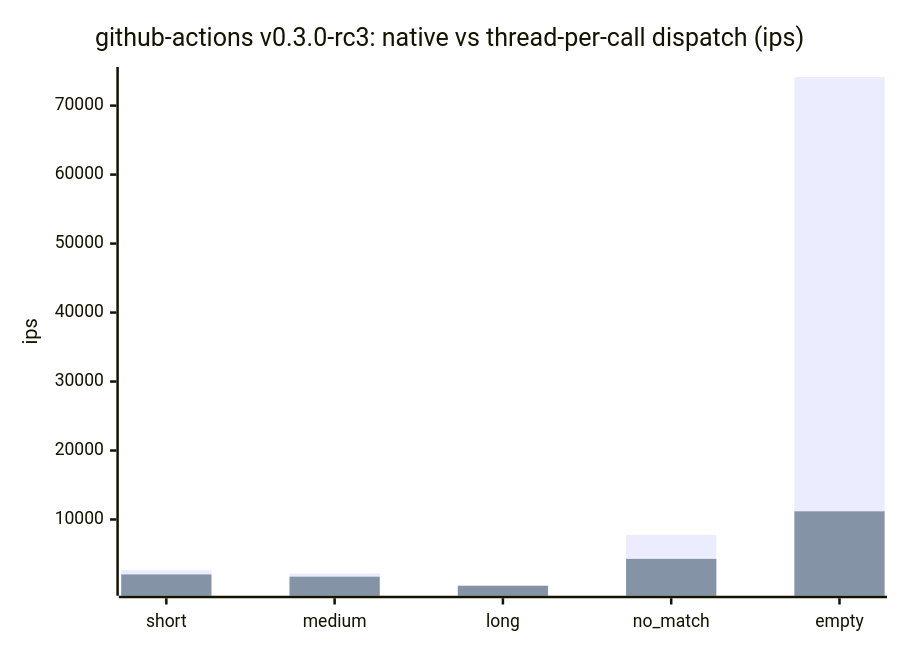
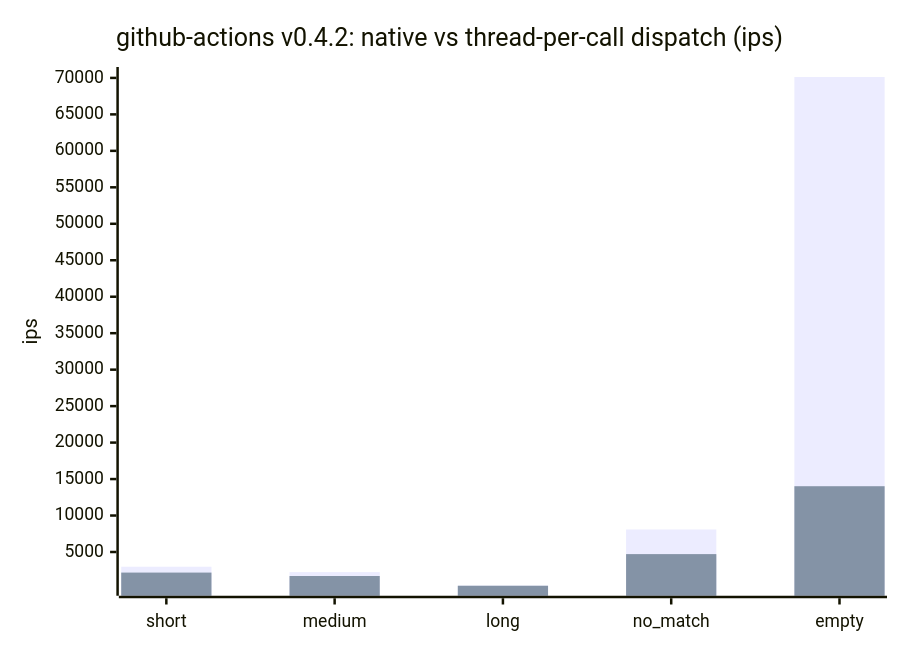
Before and after one commit to cpb/duckling: the first of 7 diagrams in docs/benchmarks/README.md, drawn with Mermaid. The commit also changed other lines of this file and 1 other file, not shown here.

Commit message:
Record github-actions benchmark results for 0.4.2

````diff
--- a/docs/benchmarks/README.md
+++ b/docs/benchmarks/README.md
@@ -54,8 +54,8 @@
 ```mermaid
 xychart-beta
-    title "github-actions v0.3.0-rc3: native vs thread-per-call dispatch (ips)"
+    title "github-actions v0.4.2: native vs thread-per-call dispatch (ips)"
     x-axis [short, medium, long, no_match, empty]
     y-axis "ips"
-    bar "native" [2667.1, 2175.6, 418.4, 7765.4, 74149.0]
-    bar "thread-per-call" [2035.5, 1709.8, 393.8, 4287.8, 11181.6]
+    bar "native" [2981.4, 2242.5, 399.8, 8089.8, 70125.3]
+    bar "thread-per-call" [2177.5, 1707.1, 371.9, 4709.8, 14018.5]
 ```
````
